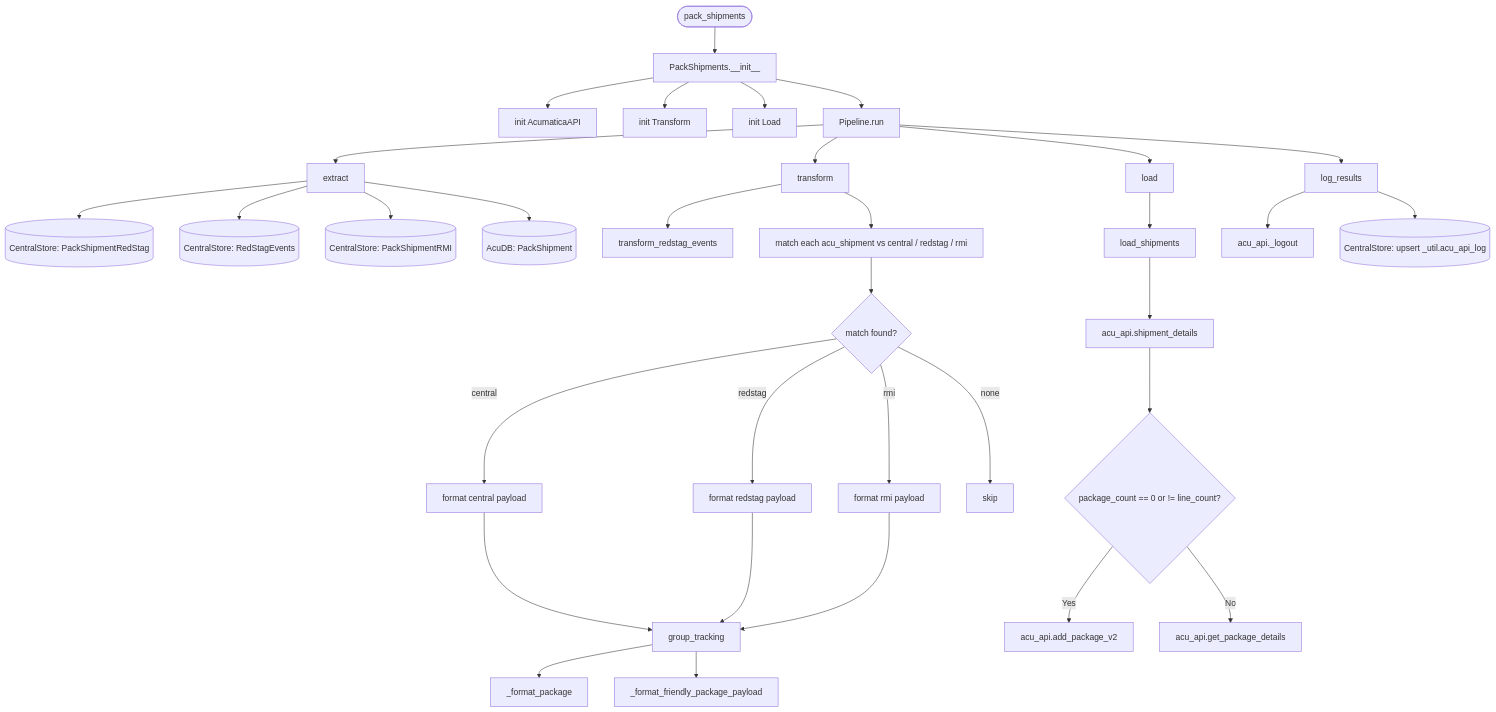
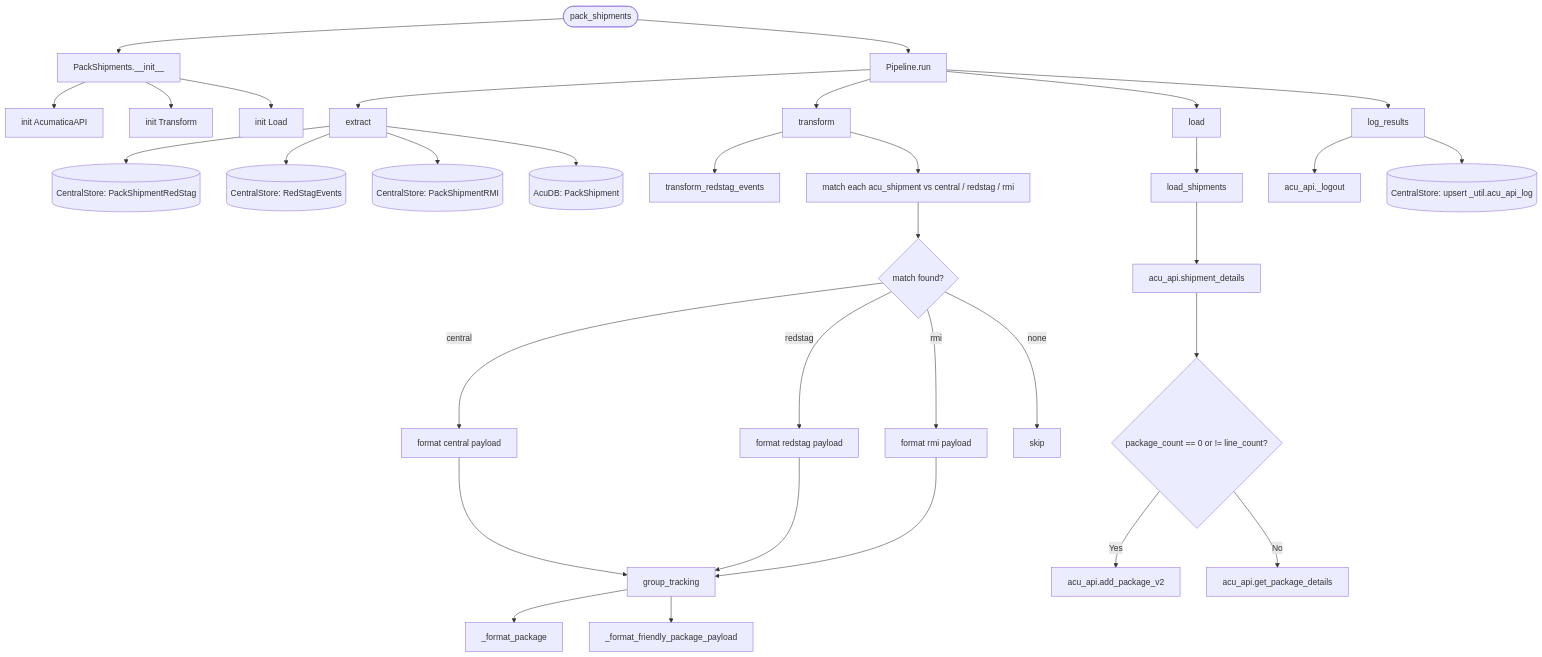
The diagram in docs/pipelines/pack_shipments.md (journeyhl/logistics-integration-platform), drawn with Mermaid before and after one commit. The commit also changed 20 other files, not shown here.

````diff
--- a/docs/pipelines/pack_shipments.md
+++ b/docs/pipelines/pack_shipments.md
@@ -1,38 +1,38 @@
 ```mermaid
 %%{init: {"flowchart": {"wrappingWidth": 400}}}%%
 flowchart TD
     A([pack_shipments]) --> B[PackShipments.__init__]
     B --> B1[init AcumaticaAPI]
     B --> B2[init Transform]
     B --> B3[init Load]
-    B --> RUN[Pipeline.run]
+    A --> RUN[Pipeline.run]
 
     RUN --> EX[extract]
     EX --> D1[(CentralStore: PackShipmentRedStag)]
     EX --> D2[(CentralStore: RedStagEvents)]
     EX --> D3[(CentralStore: PackShipmentRMI)]
     EX --> D4[(AcuDB: PackShipment)]
 
     RUN --> TR[transform]
     TR --> T1[transform_redstag_events]
     TR --> T2[match each acu_shipment vs central / redstag / rmi]
     T2 --> MATCH{match found?}
     MATCH -->|central| M1[format central payload]
     MATCH -->|redstag| M2[format redstag payload]
     MATCH -->|rmi| M3[format rmi payload]
     MATCH -->|none| SKIP[skip]
     M1 & M2 & M3 --> GT[group_tracking]
     GT --> FP[_format_package]
     GT --> FFP[_format_friendly_package_payload]
 
     RUN --> LD[load]
     LD --> LS[load_shipments]
     LS --> SD[acu_api.shipment_details]
     SD --> PKG{package_count == 0 or != line_count?}
     PKG -->|Yes| AP[acu_api.add_package_v2]
     PKG -->|No| GP[acu_api.get_package_details]
 
     RUN --> LR[log_results]
     LR --> LO[acu_api._logout]
     LR --> UPS[(CentralStore: upsert _util.acu_api_log)]
 ```
````
